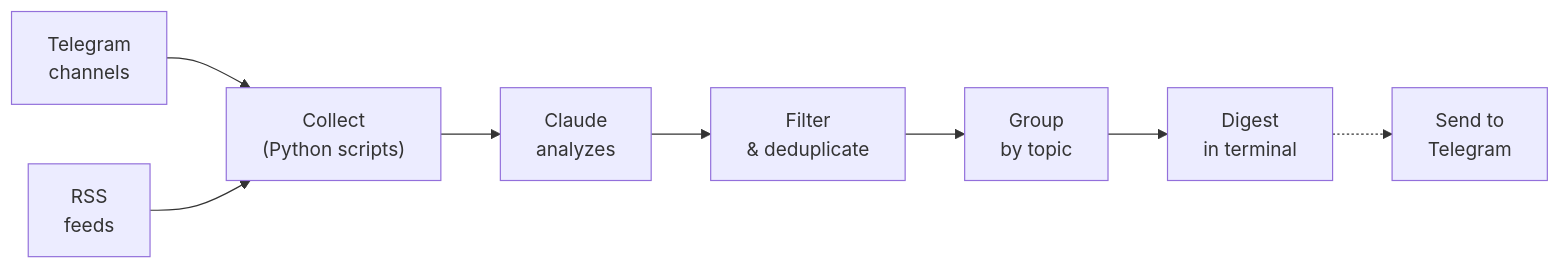
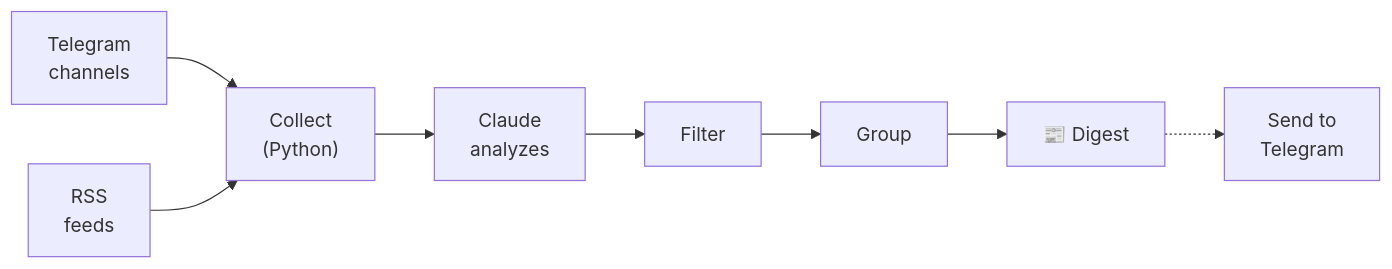
Before and after one commit to alxyrgin/news-digest-skill: the second of 2 diagrams in README.md, drawn with Mermaid. The commit also changed other lines of this file, not shown here.

Commit message:
docs(readme): rewrite with new digest format, security section, limitations table

````diff
--- a/README.md
+++ b/README.md
@@ -173,9 +182,9 @@
 ```mermaid
 flowchart LR
-    A["Telegram<br/>channels"] & B["RSS<br/>feeds"] --> C["Collect<br/>(Python scripts)"]
+    A["Telegram<br/>channels"] & B["RSS<br/>feeds"] --> C["Collect<br/>(Python)"]
     C --> D["Claude<br/>analyzes"]
-    D --> E["Filter<br/>& deduplicate"]
-    E --> F["Group<br/>by topic"]
-    F --> G["Digest<br/>in terminal"]
+    D --> E["Filter"]
+    E --> F["Group"]
+    F --> G["📰 Digest"]
     G -.-> H["Send to<br/>Telegram"]
 ```
````
